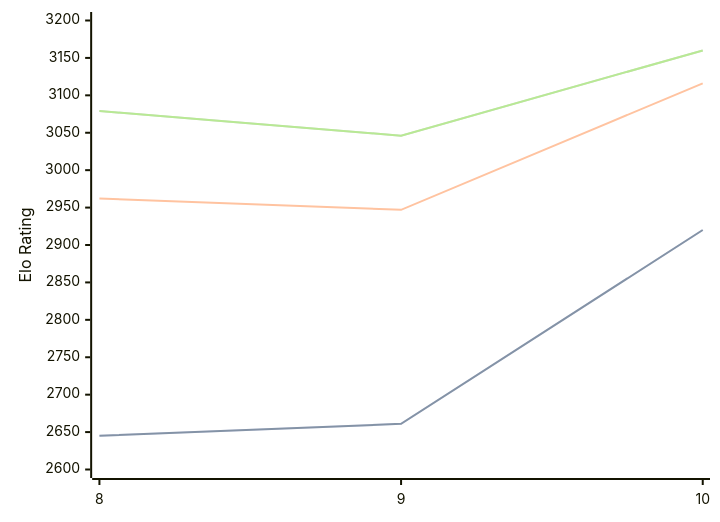
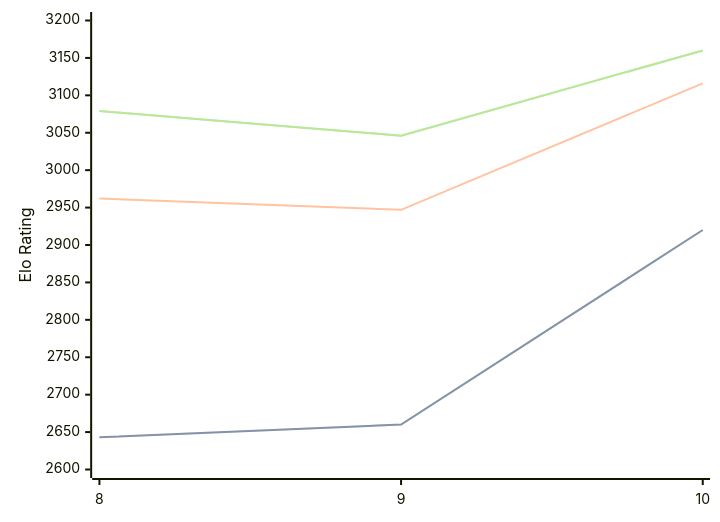
Before and after one commit to computer-chess-index/cci: the diagram in engines/Lozza.md, drawn with Mermaid. The commit also changed other lines of this file, not shown here.

````diff
--- a/engines/Lozza.md
+++ b/engines/Lozza.md
@@ -39,11 +39,11 @@
 ```mermaid
 %%{init: {"theme":"base","themeVariables":{"seriesColors:['#a3a3a3','#222221','#faa371']}}}%%
 xychart-beta
   x-axis ["8", "9", "10"]
   y-axis "Elo Rating" 2600 --> 3200
-  line "STC (8.0+0.08s)" [2645, 2661, 2920]
-  line "STC (8.0+0.08s)" [2645, 2661, 2920]
+  line "STC (8.0+0.08s)" [2643, 2660, 2920]
+  line "STC (8.0+0.08s)" [2643, 2660, 2920]
   line "LTC (60.0+0.60s)" [2962, 2947, 3116]
   line "VLTC (2m24s+1.12s)" [3079, 3046, 3160]
   line "VLTC (2m24s+1.12s)" [3079, 3046, 3160]
 ```
````
